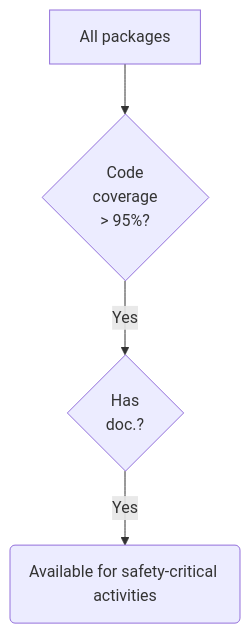
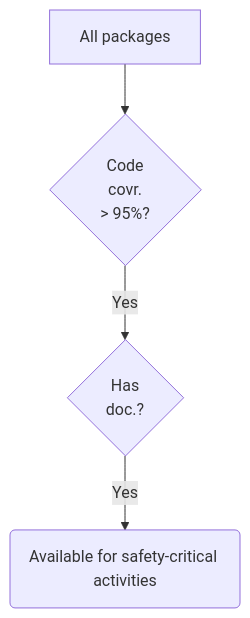
Before and after one commit to pharmaR/events-useR2024: the first of 4 diagrams in index.qmd, drawn with Mermaid. The commit also changed other lines of this file, not shown here.

````diff
--- a/index.qmd
+++ b/index.qmd
@@ -86,6 +86,6 @@
 ```{mermaid}
 flowchart TD
-  A[All packages] --> B{Code\n coverage\n > 95%?}
+  A[All packages] --> B{Code\n covr.\n > 95%?}
   B -- Yes --> C{Has\n doc.?}
   C -- Yes --> D(Available for safety-critical activities)
 ```
````
